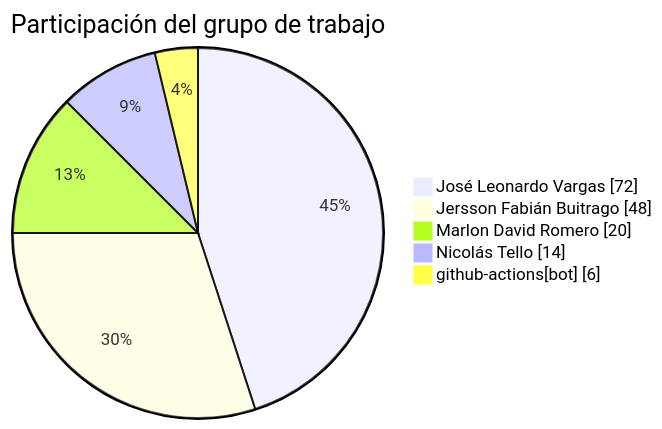
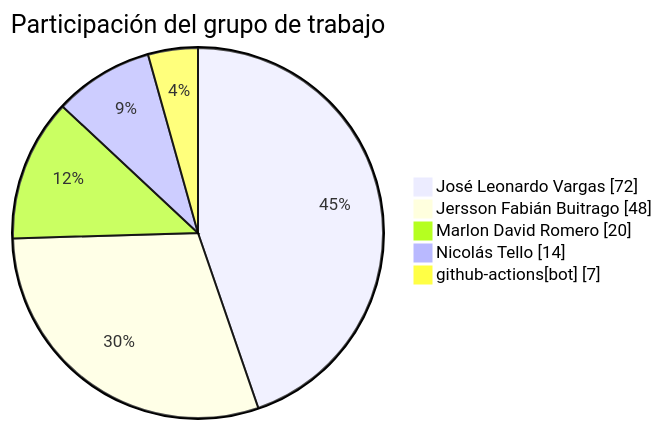
Before and after one commit to FarmaExpres/FarmaExpres: the first of 2 diagrams in README.md, drawn with Mermaid. The commit also changed other lines of this file and 1 other file, not shown here.

````diff
--- a/README.md
+++ b/README.md
@@ -27,9 +27,9 @@
 ```mermaid
 pie showData
     title Participación del grupo de trabajo
     "José Leonardo Vargas" : 72
     "Jersson Fabián Buitrago" : 48
     "Marlon David Romero" : 20
     "Nicolás Tello" : 14
-    "github-actions[bot]" : 6
+    "github-actions[bot]" : 7
 ```
````
